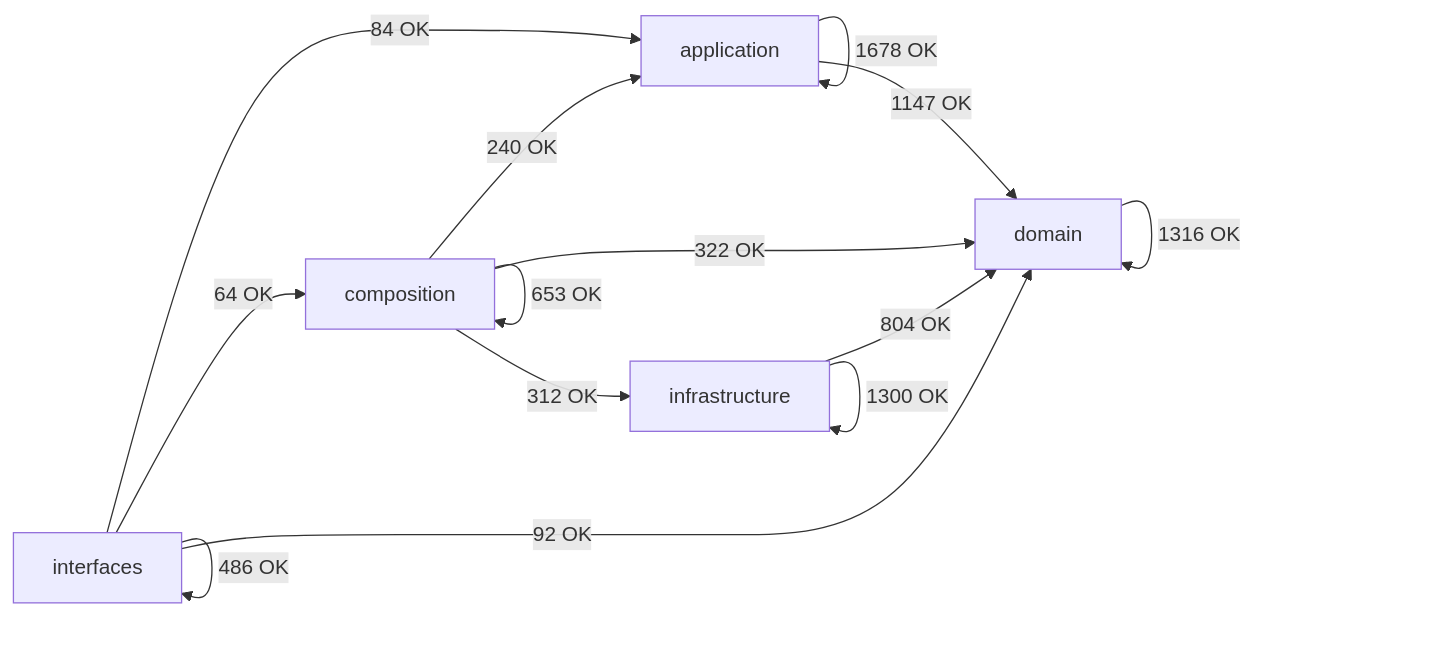
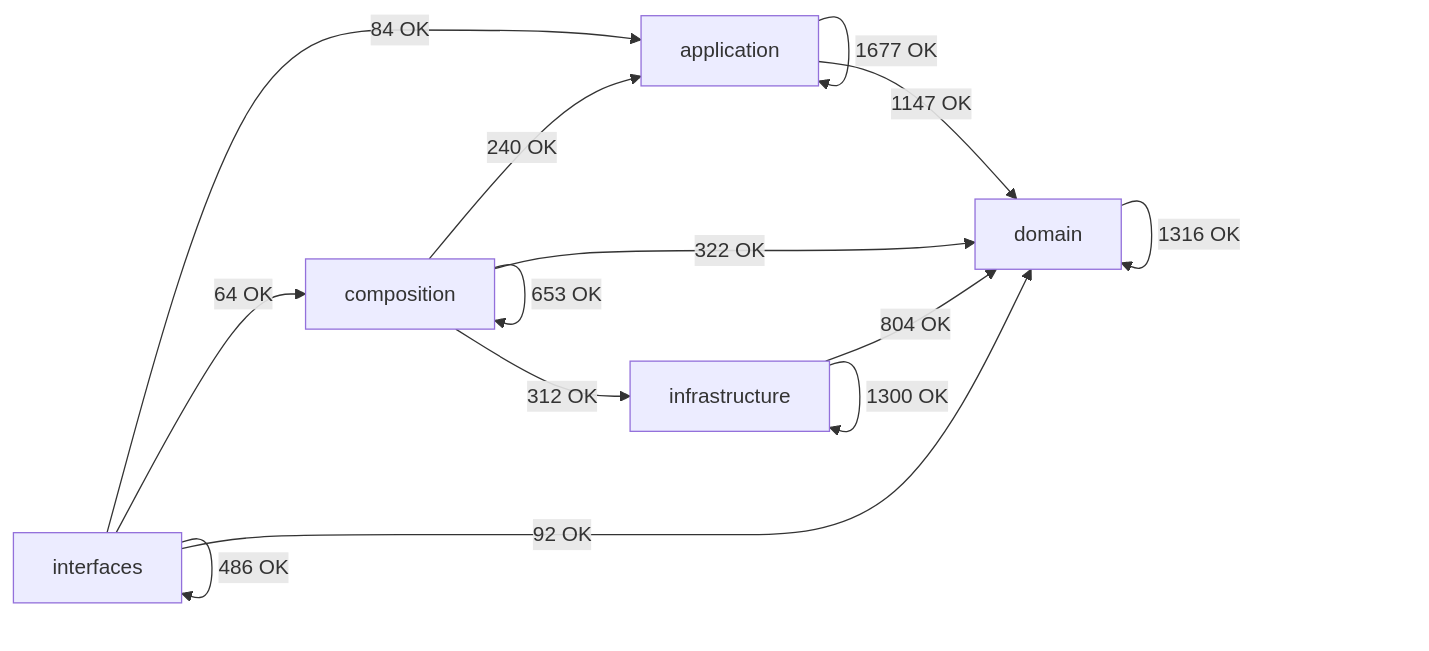
The diagram in docs/02-architecture/generated/module-dependency-map.md (SatoryKono/BioactivityDataAcquisition), drawn with Mermaid before and after one commit. The commit also changed other lines of this file and 83 other files, not shown here.

````diff
--- a/docs/02-architecture/generated/module-dependency-map.md
+++ b/docs/02-architecture/generated/module-dependency-map.md
@@ -17,21 +17,21 @@
 ```mermaid
 flowchart LR
     domain[domain]
     application[application]
     infrastructure[infrastructure]
     composition[composition]
     interfaces[interfaces]
-    application -->|1678 OK| application
+    application -->|1677 OK| application
     application -->|1147 OK| domain
     composition -->|240 OK| application
     composition -->|653 OK| composition
     composition -->|322 OK| domain
     composition -->|312 OK| infrastructure
     domain -->|1316 OK| domain
     infrastructure -->|804 OK| domain
     infrastructure -->|1300 OK| infrastructure
     interfaces -->|84 OK| application
     interfaces -->|64 OK| composition
     interfaces -->|92 OK| domain
     interfaces -->|486 OK| interfaces
 ```
````
